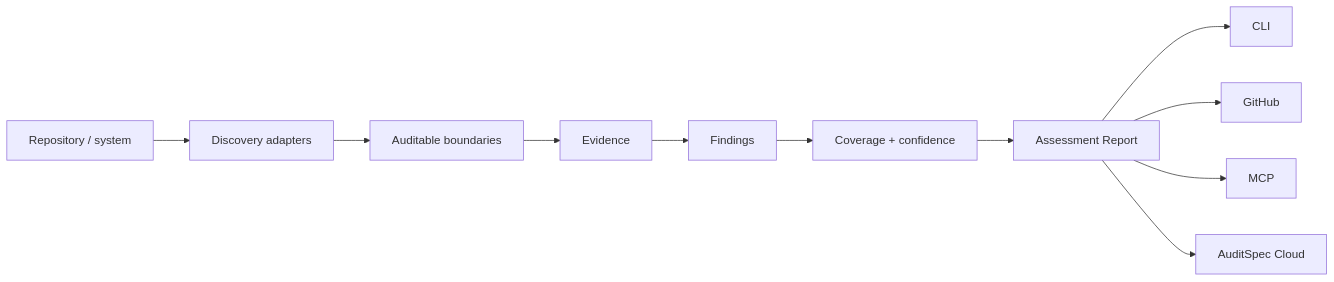
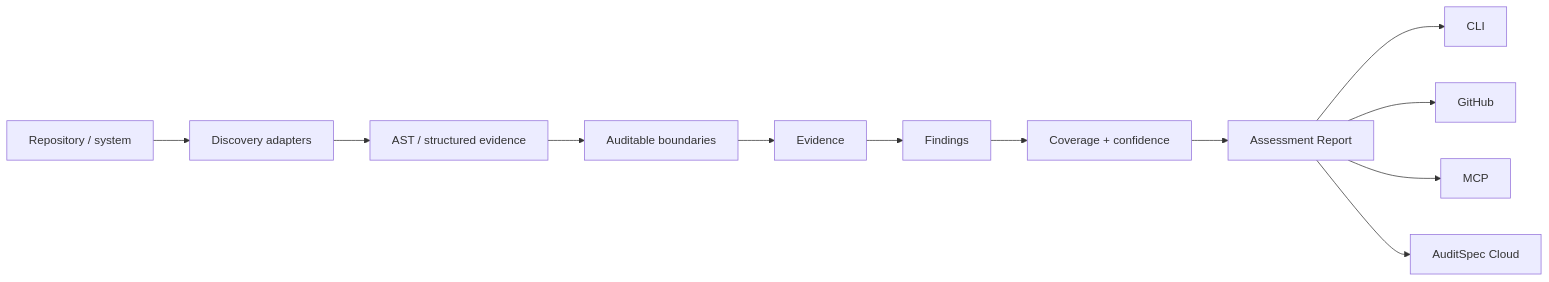
One commit to sergii/auditspec changed the diagram in docs/inspector.md. Above: the diagram before and after it, drawn with Mermaid. The commit also changed other lines of this file and 7 other files, not shown here.

````diff
--- a/docs/inspector.md
+++ b/docs/inspector.md
@@ -9,13 +9,14 @@
 ```mermaid
 flowchart LR
     R[Repository / system] --> D[Discovery adapters]
-    D --> B[Auditable boundaries]
+    D --> A[AST / structured evidence]
+    A --> B[Auditable boundaries]
     B --> E[Evidence]
     E --> F[Findings]
     F --> C[Coverage + confidence]
     C --> O[Assessment Report]
     O --> CLI[CLI]
     O --> GH[GitHub]
     O --> MCP[MCP]
     O --> Cloud[AuditSpec Cloud]
 ```
````
